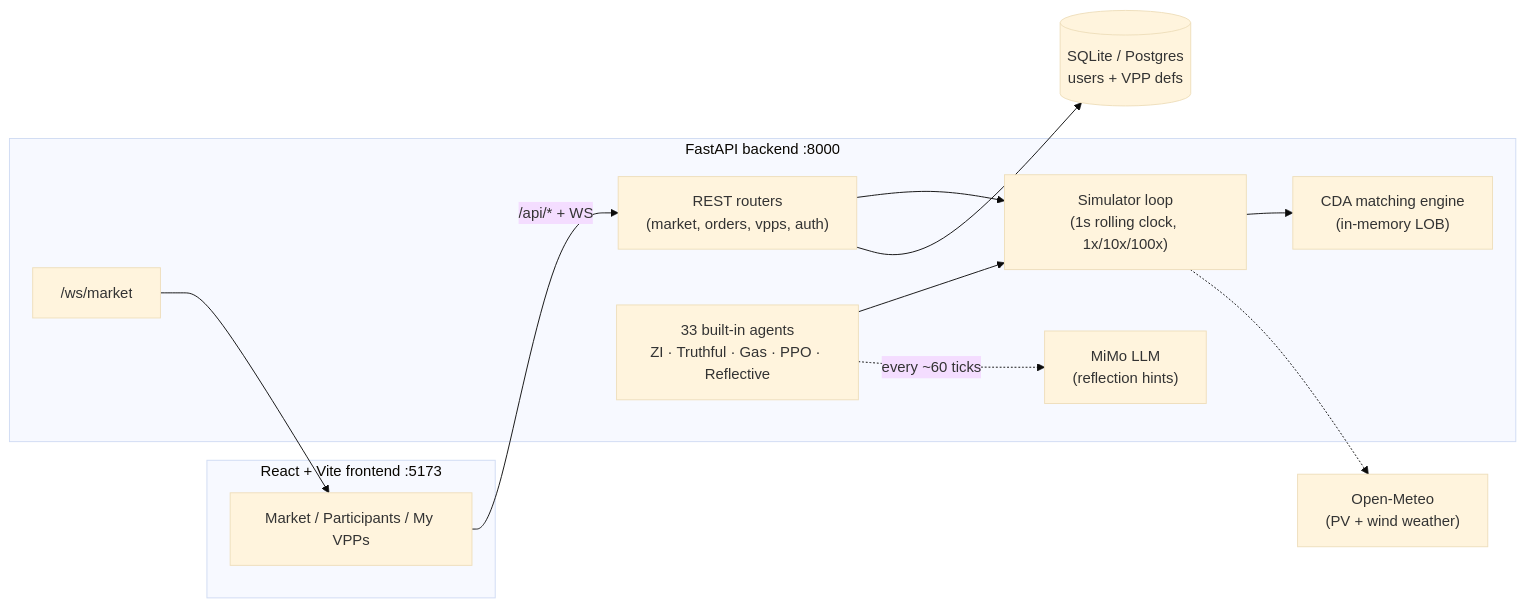
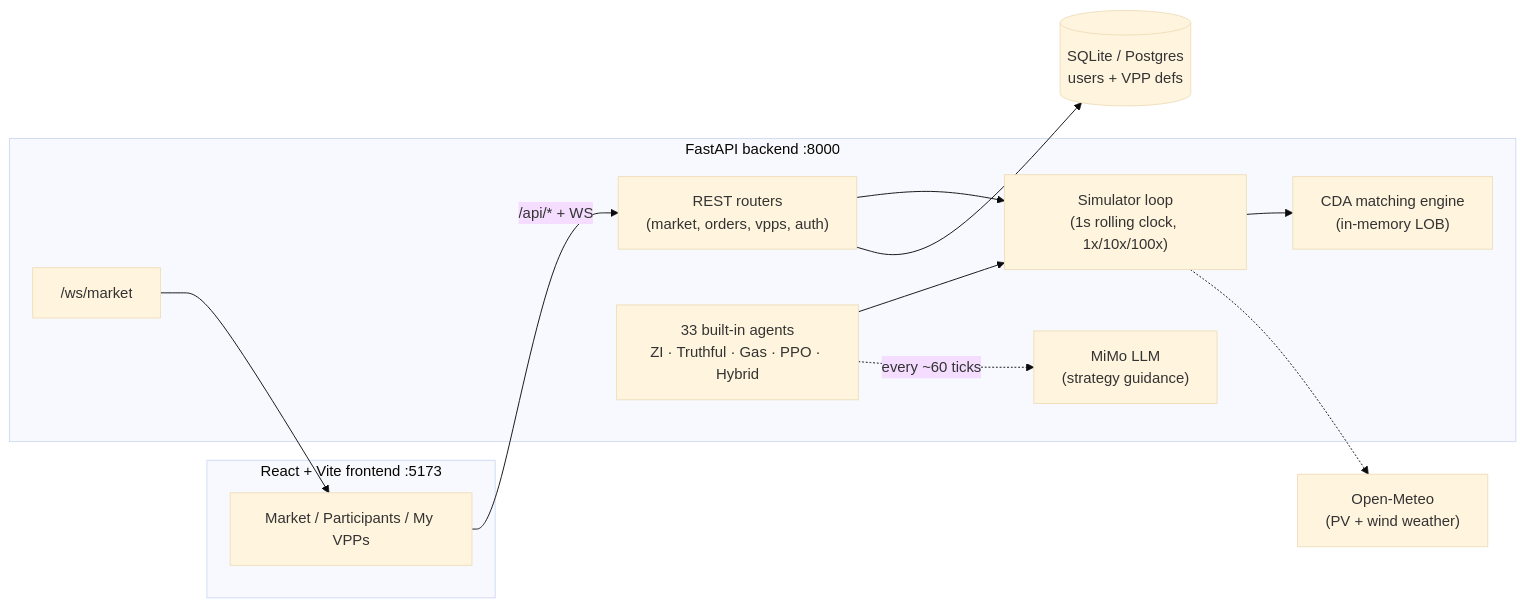
Before and after one commit to NZY0720/EFlux: the diagram in README.md, drawn with Mermaid (base theme). The commit also changed other lines of this file and 24 other files, not shown here.

First line of the commit message:
Wire hybrid LLM strategist agents

````diff
--- a/README.md
+++ b/README.md
@@ -32,25 +32,25 @@
 ```mermaid
 flowchart LR
   subgraph Frontend["React + Vite frontend :5173"]
     UI["Market / Participants / My VPPs"]
   end
   subgraph Backend["FastAPI backend :8000"]
     API["REST routers<br/>(market, orders, vpps, auth)"]
     WS["/ws/market"]
     SIM["Simulator loop<br/>(1s rolling clock, 1x/10x/100x)"]
     ENGINE["CDA matching engine<br/>(in-memory LOB)"]
-    AGENTS["33 built-in agents<br/>ZI · Truthful · Gas · PPO · Reflective"]
-    LLM["MiMo LLM<br/>(reflection hints)"]
+    AGENTS["33 built-in agents<br/>ZI · Truthful · Gas · PPO · Hybrid"]
+    LLM["MiMo LLM<br/>(strategy guidance)"]
   end
   DB[("SQLite / Postgres<br/>users + VPP defs")]
   OM["Open-Meteo<br/>(PV + wind weather)"]
 
   UI -->|"/api/* + WS"| API
   WS --> UI
   API --> SIM
   SIM --> ENGINE
   AGENTS --> SIM
   AGENTS -.->|"every ~60 ticks"| LLM
   SIM -.-> OM
   API --> DB
 ```
````
